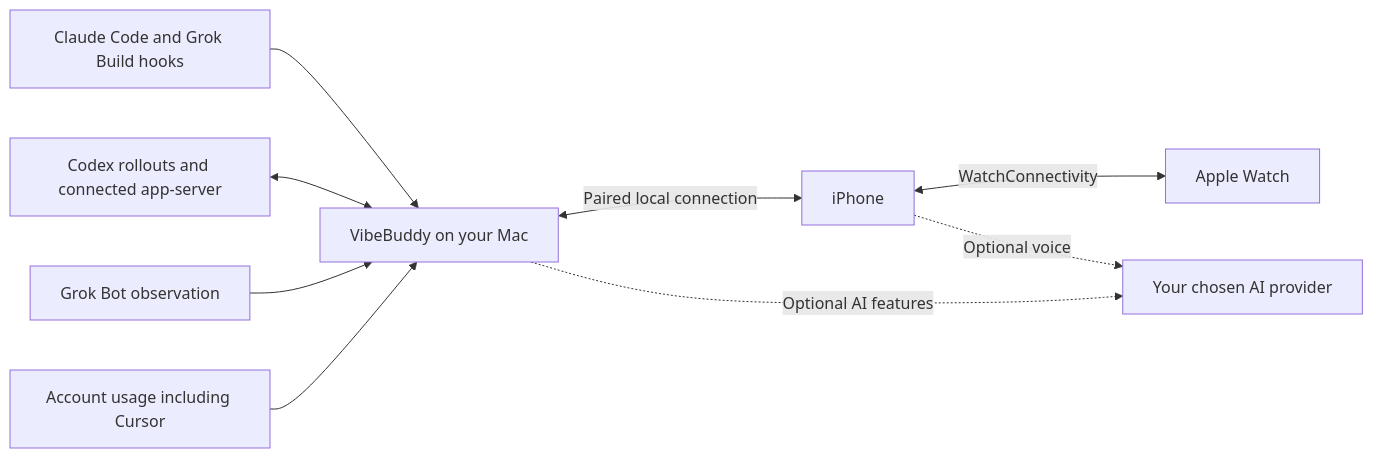
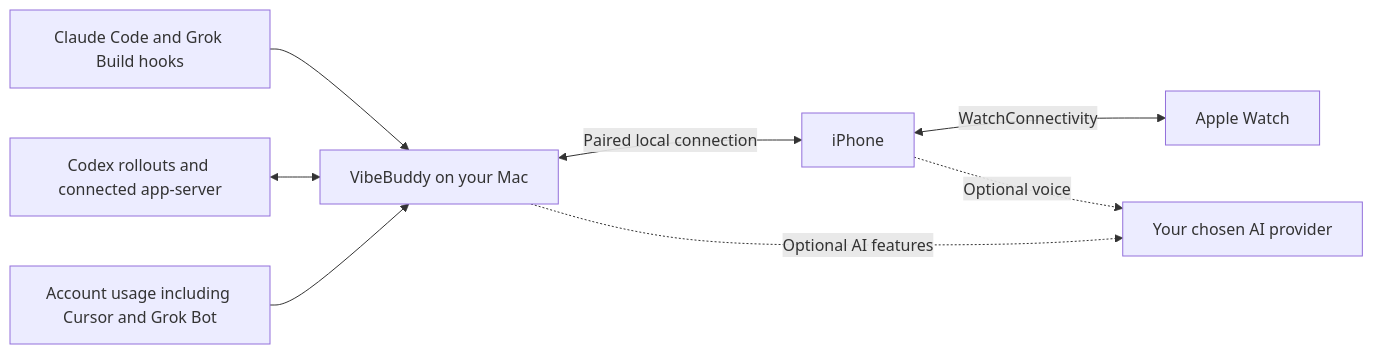
The diagram in README.md (semantic-craft/iOS-vibebuddy), drawn with Mermaid before and after one commit. The commit also changed other lines of this file and 43 other files, not shown here.

````diff
--- a/README.md
+++ b/README.md
@@ -109,11 +109,10 @@
 ```mermaid
 flowchart LR
     A[Claude Code and Grok Build hooks] --> M[VibeBuddy on your Mac]
     C[Codex rollouts and connected app-server] <--> M
-    B[Grok Bot observation] --> M
-    U[Account usage including Cursor] --> M
+    U[Account usage including Cursor and Grok Bot] --> M
     M <-->|Paired local connection| P[iPhone]
     P <-->|WatchConnectivity| W[Apple Watch]
     M -. Optional AI features .-> V[Your chosen AI provider]
     P -. Optional voice .-> V
 ```
````
